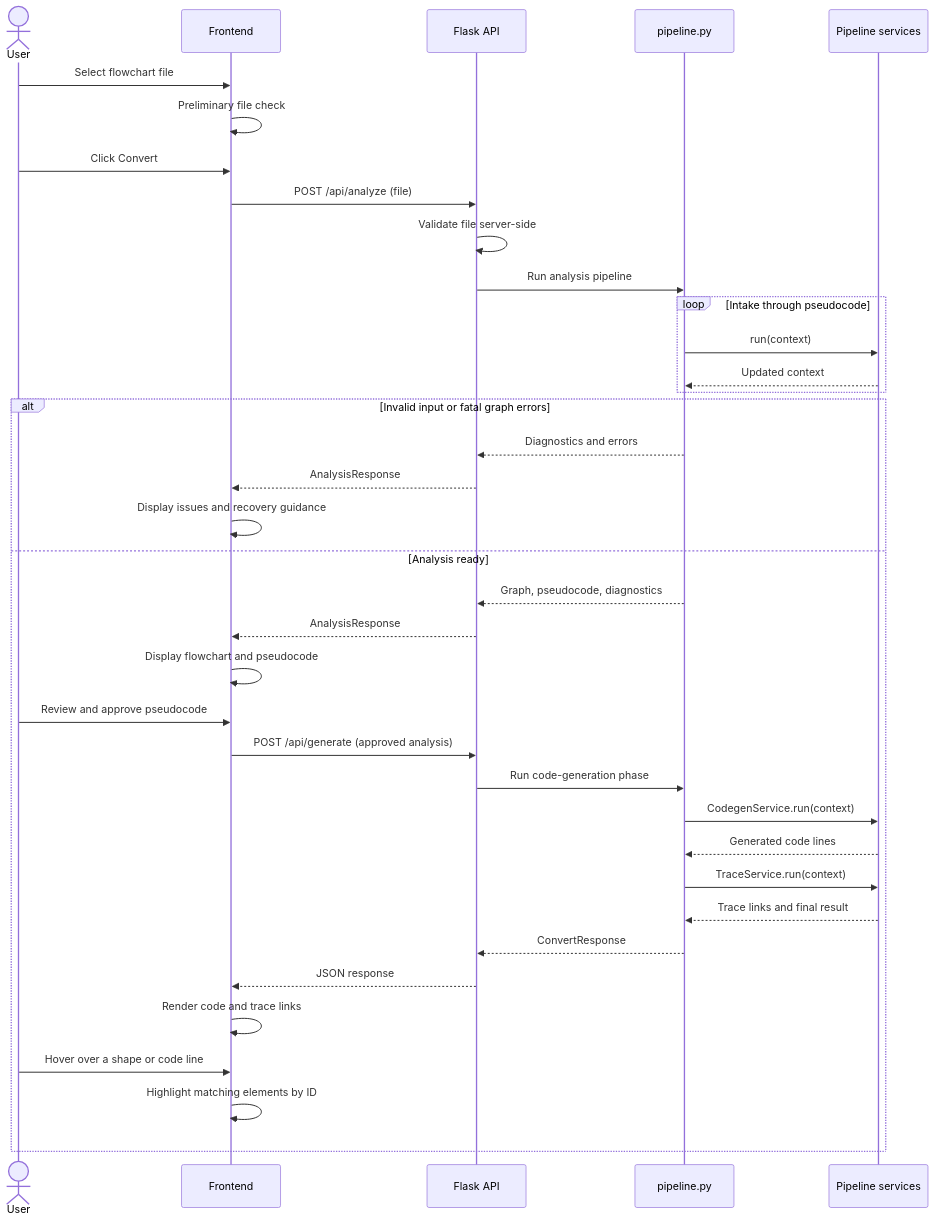
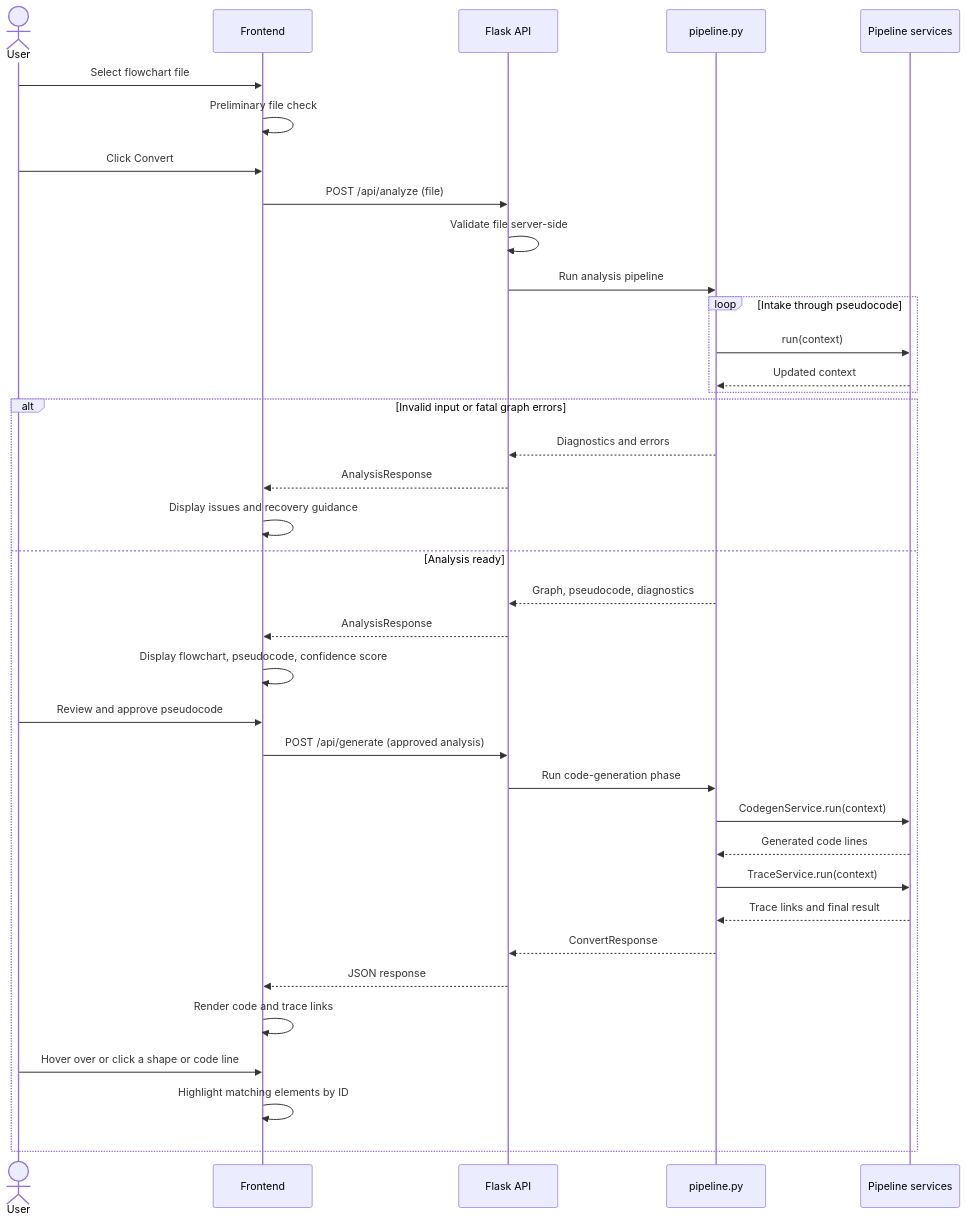
One commit to krod7/modulo changed the second of 2 diagrams in README.md. Above: the diagram before and after it, drawn with Mermaid. The commit also changed other lines of this file, not shown here.

````diff
--- a/README.md
+++ b/README.md
@@ -158,42 +163,42 @@
 ```mermaid
 sequenceDiagram
     actor User
     participant UI as Frontend
     participant API as Flask API
     participant Pipe as pipeline.py
     participant Svc as Pipeline services
 
     User->>UI: Select flowchart file
     UI->>UI: Preliminary file check
     User->>UI: Click Convert
     UI->>API: POST /api/analyze (file)
     API->>API: Validate file server-side
     API->>Pipe: Run analysis pipeline
 
     loop Intake through pseudocode
         Pipe->>Svc: run(context)
         Svc-->>Pipe: Updated context
     end
 
     alt Invalid input or fatal graph errors
         Pipe-->>API: Diagnostics and errors
         API-->>UI: AnalysisResponse
         UI->>UI: Display issues and recovery guidance
     else Analysis ready
         Pipe-->>API: Graph, pseudocode, diagnostics
         API-->>UI: AnalysisResponse
-        UI->>UI: Display flowchart and pseudocode
+        UI->>UI: Display flowchart, pseudocode, confidence score
         User->>UI: Review and approve pseudocode
         UI->>API: POST /api/generate (approved analysis)
         API->>Pipe: Run code-generation phase
         Pipe->>Svc: CodegenService.run(context)
         Svc-->>Pipe: Generated code lines
         Pipe->>Svc: TraceService.run(context)
         Svc-->>Pipe: Trace links and final result
         Pipe-->>API: ConvertResponse
         API-->>UI: JSON response
         UI->>UI: Render code and trace links
-        User->>UI: Hover over a shape or code line
+        User->>UI: Hover over or click a shape or code line
         UI->>UI: Highlight matching elements by ID
     end
 ```
````
